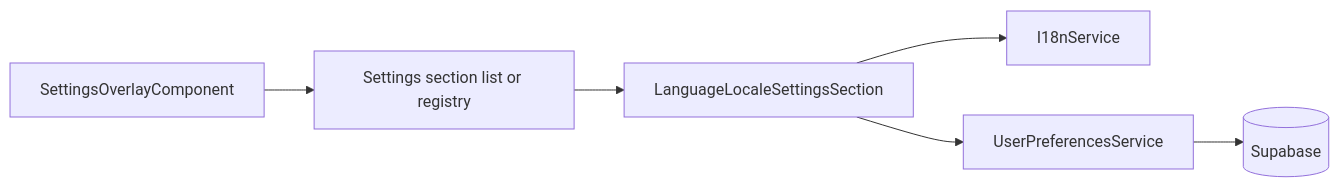
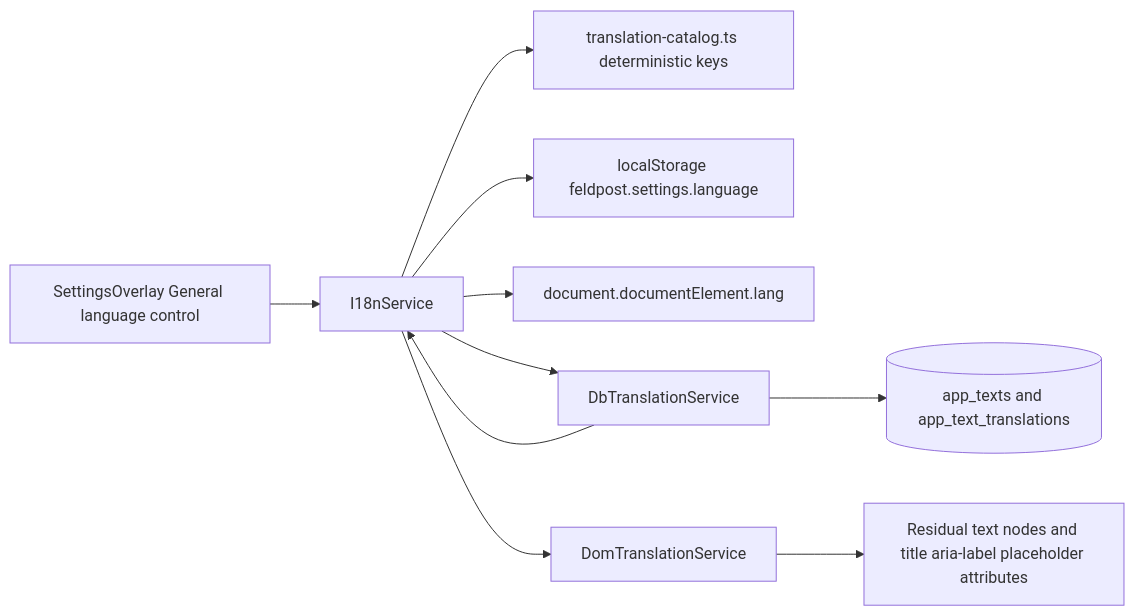
One commit to matkleve/feldpost changed the third of 4 diagrams in docs/element-specs/language-locale-settings.md. Above: the diagram before and after it, drawn with Mermaid. The commit also changed other lines of this file and 34 other files, not shown here.

First line of the commit message:
feat(i18n): enhance language settings and add i18n guard scripts

````diff
--- a/docs/element-specs/language-locale-settings.md
+++ b/docs/element-specs/language-locale-settings.md
@@ -146,8 +150,12 @@
 ```mermaid
 flowchart LR
-    SO[SettingsOverlayComponent] --> REG[Settings section list or registry]
-    REG --> LANG[LanguageLocaleSettingsSection]
-    LANG --> I18N[I18nService]
-    LANG --> PREF[UserPreferencesService]
-    PREF --> SUPA[(Supabase)]
+    UI[SettingsOverlay General language control] --> I18N[I18nService]
+    I18N --> CAT[translation-catalog.ts deterministic keys]
+    I18N --> LS[localStorage feldpost.settings.language]
+    I18N --> HTML[document.documentElement.lang]
+    I18N --> DBT[DbTranslationService]
+    DBT --> SUPA[(app_texts and app_text_translations)]
+    DBT --> I18N
+    I18N --> DOM[DomTranslationService]
+    DOM --> PAGE[Residual text nodes and title aria-label placeholder attributes]
 ```
````
